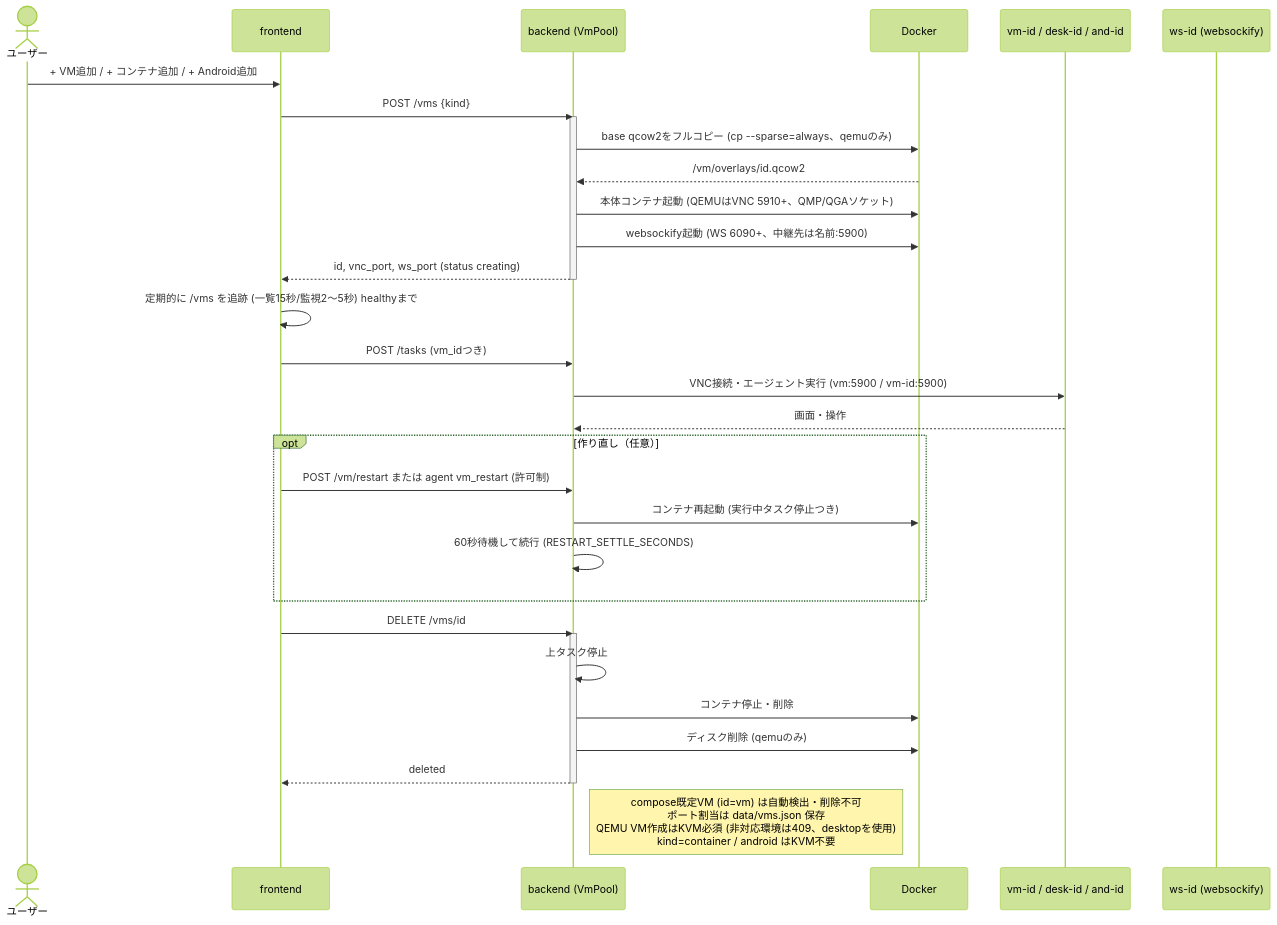
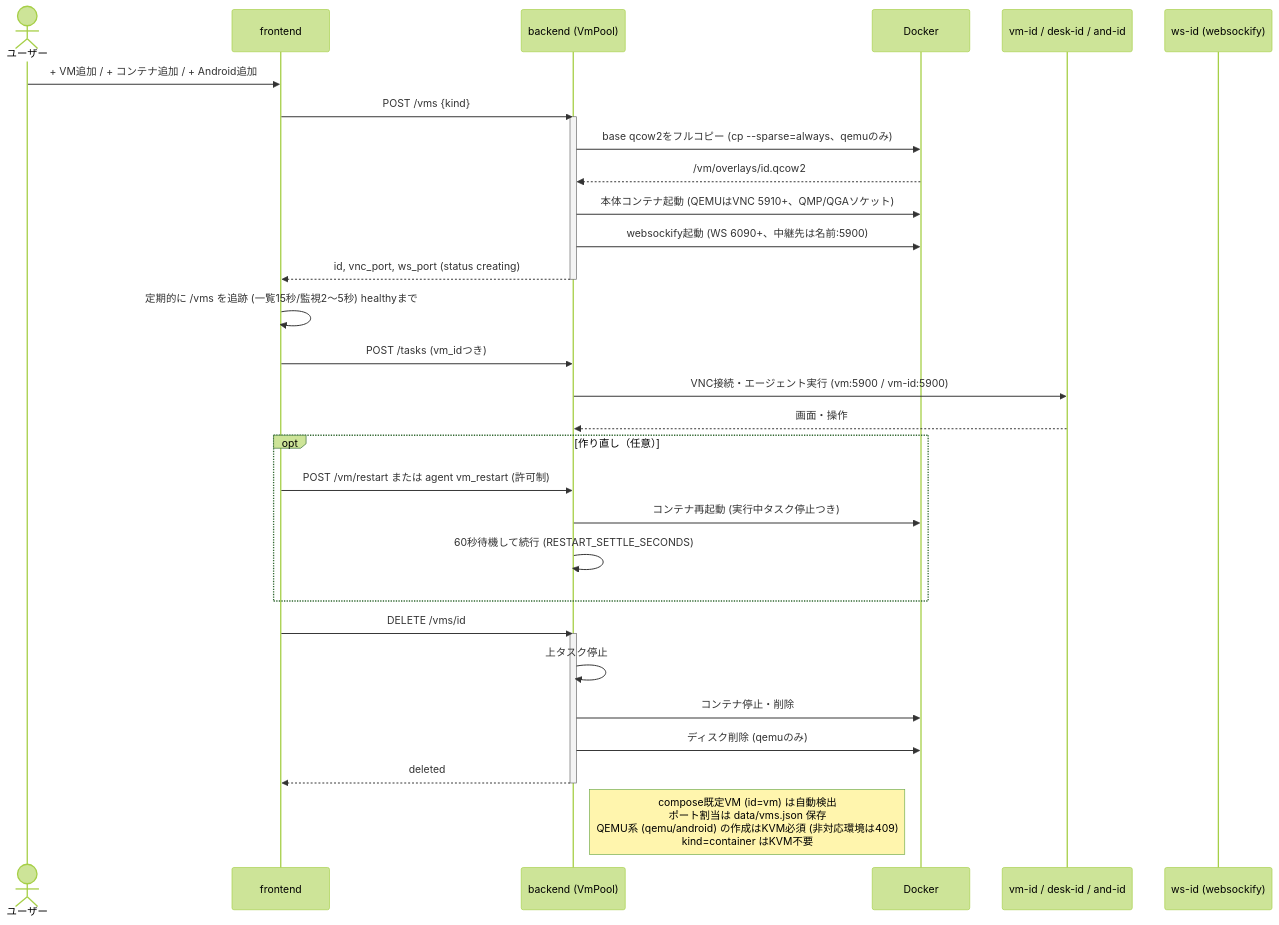
The fourth of 4 diagrams in docs/architecture.md (Milix-M/ai-desktop-agent), drawn with Mermaid (forest theme) before and after one commit. The commit also changed other lines of this file and 57 other files, not shown here.

````diff
--- a/docs/architecture.md
+++ b/docs/architecture.md
@@ -395,35 +304,35 @@
 ```mermaid
 sequenceDiagram
     actor U as ユーザー
     participant FE as frontend
     participant POOL as backend (VmPool)
     participant DOCKER as Docker
     participant VM as vm-id / desk-id / and-id
     participant WS as ws-id (websockify)
     U->>FE: + VM追加 / + コンテナ追加 / + Android追加
     FE->>POOL: POST /vms {kind}
     activate POOL
     POOL->>DOCKER: base qcow2をフルコピー (cp --sparse=always、qemuのみ)
     DOCKER-->>POOL: /vm/overlays/id.qcow2
     POOL->>DOCKER: 本体コンテナ起動 (QEMUはVNC 5910+、QMP/QGAソケット)
     POOL->>DOCKER: websockify起動 (WS 6090+、中継先は名前:5900)
     POOL-->>FE: id, vnc_port, ws_port (status creating)
     deactivate POOL
     FE->>FE: 定期的に /vms を追跡 (一覧15秒/監視2〜5秒) healthyまで
     FE->>POOL: POST /tasks (vm_idつき)
     POOL->>VM: VNC接続・エージェント実行 (vm:5900 / vm-id:5900)
     VM-->>POOL: 画面・操作
     opt 作り直し（任意）
         FE->>POOL: POST /vm/restart または agent vm_restart (許可制)
         POOL->>DOCKER: コンテナ再起動 (実行中タスク停止つき)
         POOL->>POOL: 60秒待機して続行 (RESTART_SETTLE_SECONDS)
     end
     FE->>POOL: DELETE /vms/id
     activate POOL
     POOL->>POOL: 上タスク停止
     POOL->>DOCKER: コンテナ停止・削除
     POOL->>DOCKER: ディスク削除 (qemuのみ)
     POOL-->>FE: deleted
     deactivate POOL
-    Note right of POOL: compose既定VM (id=vm) は自動検出・削除不可<br/>ポート割当は data/vms.json 保存<br/>QEMU VM作成はKVM必須 (非対応環境は409、desktopを使用)<br/>kind=container / android はKVM不要
+    Note right of POOL: compose既定VM (id=vm) は自動検出<br/>ポート割当は data/vms.json 保存<br/>QEMU系 (qemu/android) の作成はKVM必須 (非対応環境は409)<br/>kind=container はKVM不要
 ```
````
